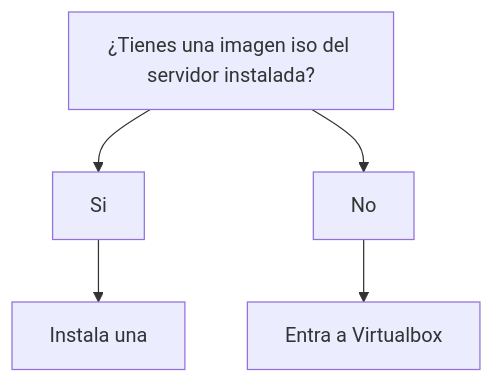
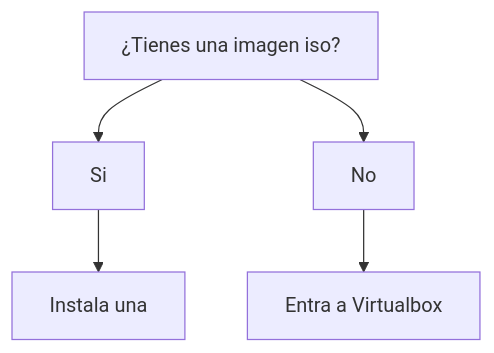
The diagram in Guía-digital-instalacion-windows-visual.md (jesmattri-cpu/Tarea-Windows-server-visual), drawn with Mermaid before and after one commit.

````diff
--- a/Guía-digital-instalacion-windows-visual.md
+++ b/Guía-digital-instalacion-windows-visual.md
@@ -1,7 +1,8 @@
 ```mermaid
 graph TD;
-    id1[¿Tienes una imagen iso del servidor instalada?]-->id2[Si];
-    id1[¿Tienes una imagen iso del servidor instalada?]-->id3[No];
+    id1[¿Tienes una imagen iso?]-->id2[Si];
+    id1[¿Tienes una imagen iso?]-->id3[No];
     id2[Si]-->id4[Instala una];
     id3[No]-->id5[Entra a Virtualbox];
+    id4
 ```
````
